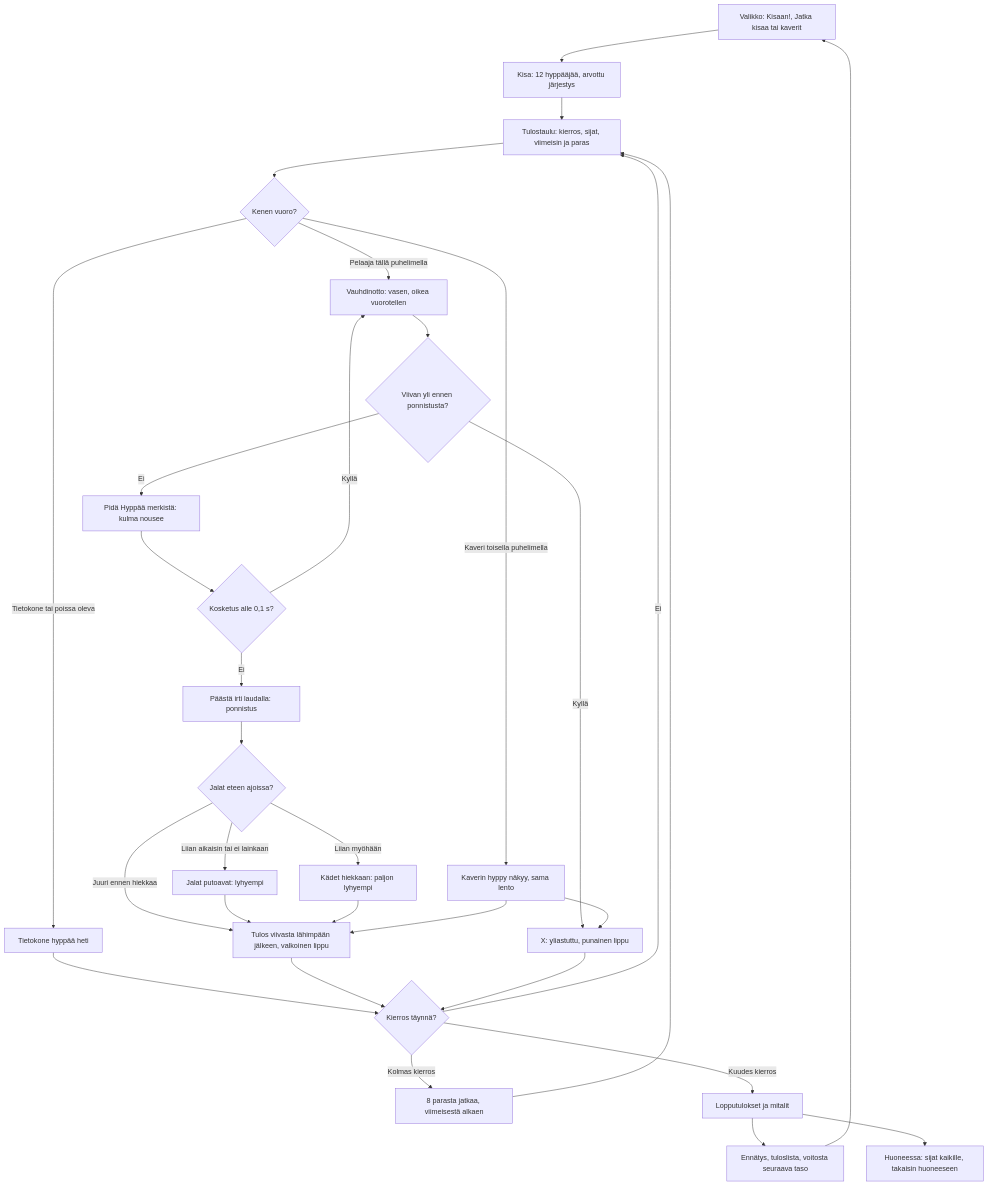
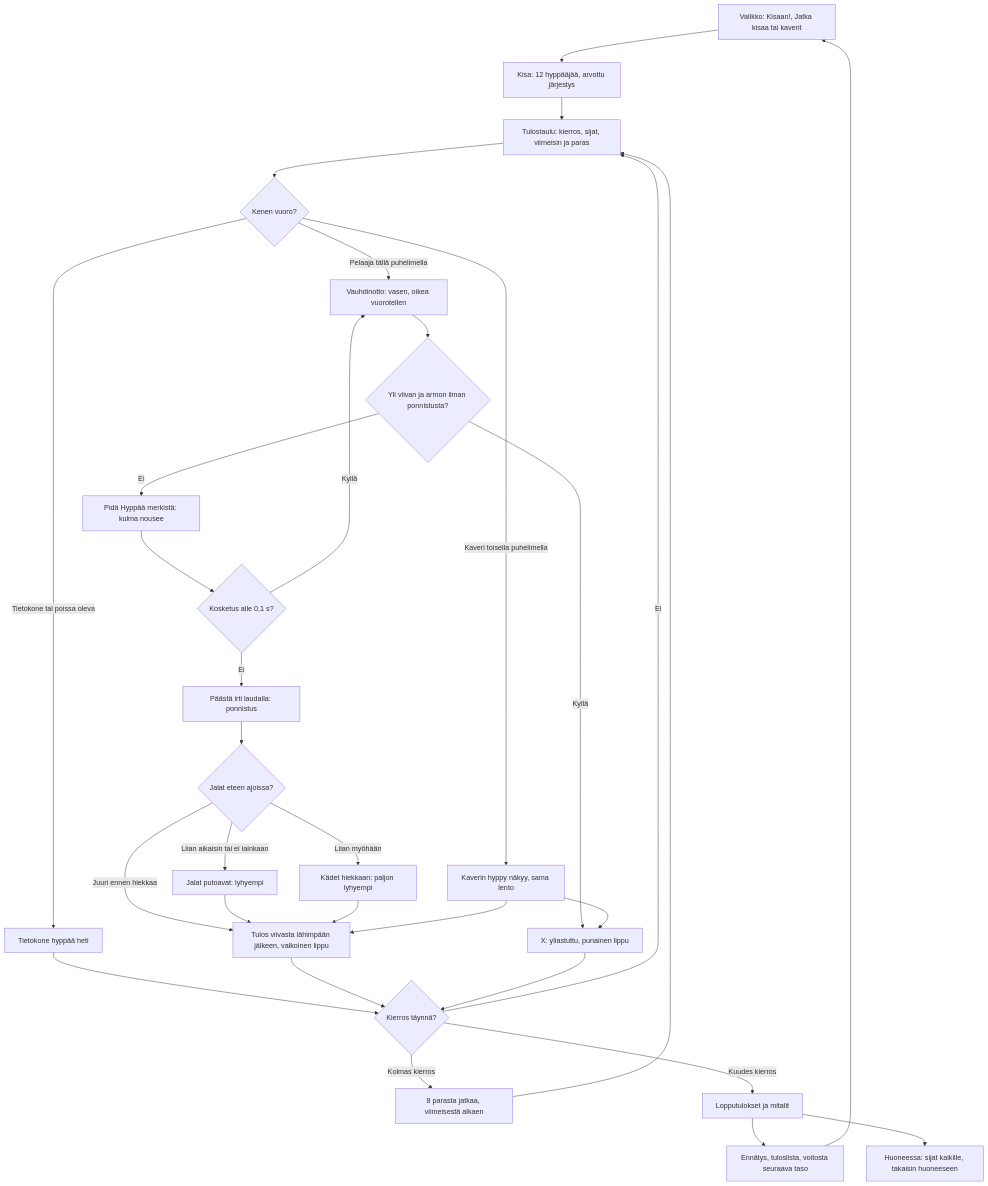
Before and after one commit to eerovil/ai-pelit: the diagram in docs/diagrams/pituushyppy.md, drawn with Mermaid. The commit also changed other lines of this file and 2 other files, not shown here.

````diff
--- a/docs/diagrams/pituushyppy.md
+++ b/docs/diagrams/pituushyppy.md
@@ -10,39 +10,39 @@
 ```mermaid
 flowchart TD
   M[Valikko: Kisaan!, Jatka kisaa tai kaverit] --> K[Kisa: 12 hyppääjää, arvottu järjestys]
   K --> T[Tulostaulu: kierros, sijat, viimeisin ja paras]
   T --> Q{Kenen vuoro?}
   Q -- Tietokone tai poissa oleva --> CPU[Tietokone hyppää heti]
   CPU --> NX
   Q -- Pelaaja tällä puhelimella --> R[Vauhdinotto: vasen, oikea vuorotellen]
   Q -- Kaveri toisella puhelimella --> WT[Kaverin hyppy näkyy, sama lento]
-  R --> LN{Viivan yli ennen ponnistusta?}
+  R --> LN{Yli viivan ja armon ilman ponnistusta?}
   LN -- Kyllä --> X[X: yliastuttu, punainen lippu]
   LN -- Ei --> A[Pidä Hyppää merkistä: kulma nousee]
   A --> RL{Kosketus alle 0,1 s?}
   RL -- Kyllä --> R
   RL -- Ei --> F[Päästä irti laudalla: ponnistus]
   F --> L{Jalat eteen ajoissa?}
   L -- Liian aikaisin tai ei lainkaan --> DR[Jalat putoavat: lyhyempi]
   L -- Juuri ennen hiekkaa --> D
   L -- Liian myöhään --> HB[Kädet hiekkaan: paljon lyhyempi]
   DR --> D[Tulos viivasta lähimpään jälkeen, valkoinen lippu]
   HB --> D
   WT --> D
   WT --> X
   D --> NX{Kierros täynnä?}
   X --> NX
   NX -- Ei --> T
   NX -- Kolmas kierros --> CUT[8 parasta jatkaa, viimeisestä alkaen]
   NX -- Kuudes kierros --> END[Lopputulokset ja mitalit]
   CUT --> T
   END --> S[Ennätys, tuloslista, voitosta seuraava taso]
   S --> M
   END --> RM[Huoneessa: sijat kaikille, takaisin huoneeseen]
   class M,R,A,F,T blue
   class CPU,WT violet
   class Q,LN,RL,L,NX amber
   class K,D,DR,HB,CUT teal
   class X rose
   class END,S,RM green
 ```
````
